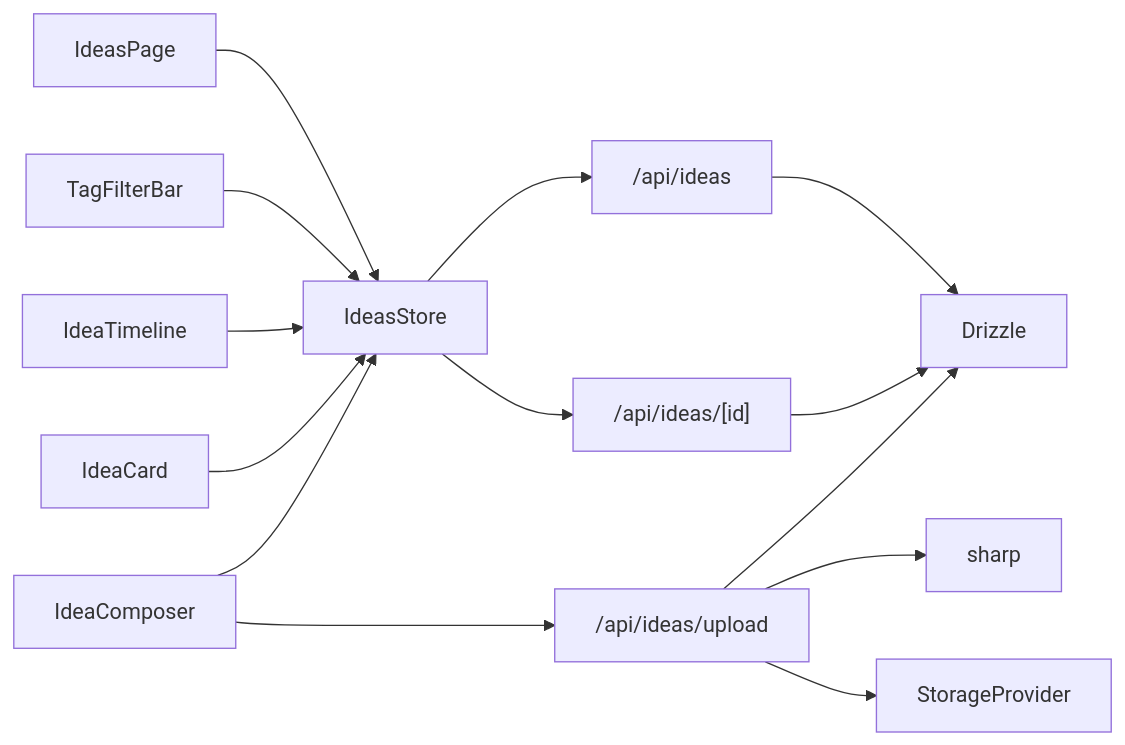
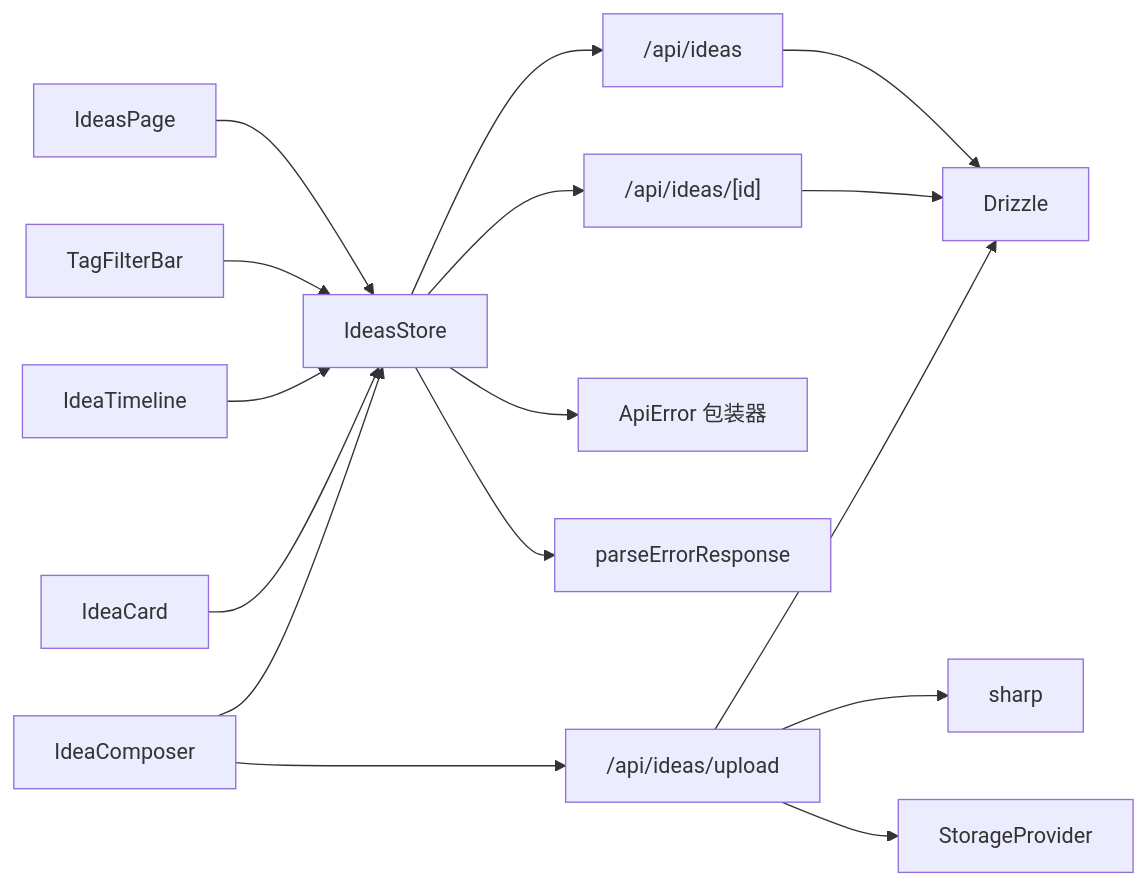
Before and after one commit to BlackBoxRecorder/uninote: the tenth of 10 diagrams in .qoder/repowiki/zh/content/状态管理/想法状态.md, drawn with Mermaid. The commit also changed other lines of this file and 9 other files, not shown here.

````diff
--- a/.qoder/repowiki/zh/content/状态管理/想法状态.md
+++ b/.qoder/repowiki/zh/content/状态管理/想法状态.md
@@ -475,16 +625,18 @@
 ```mermaid
 graph LR
 IdeasPage --> IdeasStore
 TagFilterBar --> IdeasStore
 IdeaTimeline --> IdeasStore
 IdeaCard --> IdeasStore
 IdeaComposer --> IdeasStore
 IdeasStore --> API_Ideas["/api/ideas"]
 IdeasStore --> API_IdeasID["/api/ideas/[id]"]
 IdeaComposer --> API_Upload["/api/ideas/upload"]
 API_Ideas --> Drizzle
 API_IdeasID --> Drizzle
 API_Upload --> Drizzle
 API_Upload --> Sharp["sharp"]
 API_Upload --> Storage["StorageProvider"]
+IdeasStore --> ApiError["ApiError 包装器"]
+IdeasStore --> ParseError["parseErrorResponse"]
 ```
````
